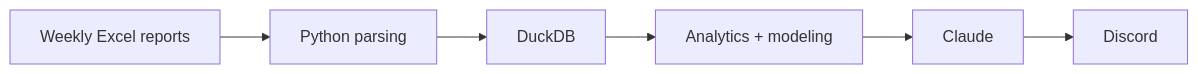
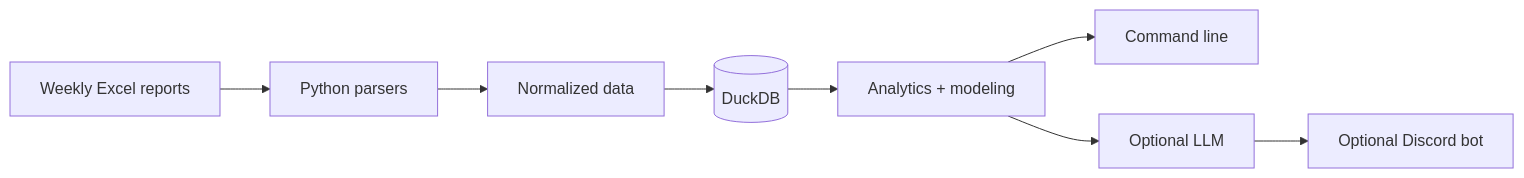
Before and after one commit to AdhamKhouly/lumo-data-analyst: the diagram in README.md, drawn with Mermaid. The commit also changed other lines of this file and 4 other files, not shown here.

````diff
--- a/README.md
+++ b/README.md
@@ -37,8 +78,10 @@
 ```mermaid
 flowchart LR
-    A[Weekly Excel reports] --> B[Python parsing]
-    B --> C[DuckDB]
-    C --> D[Analytics + modeling]
-    D --> E[Claude]
-    E --> F[Discord]
+    A[Weekly Excel reports] --> B[Python parsers]
+    B --> C[Normalized data]
+    C --> D[(DuckDB)]
+    D --> E[Analytics + modeling]
+    E --> F[Command line]
+    E --> G[Optional LLM]
+    G --> H[Optional Discord bot]
 ```
````
